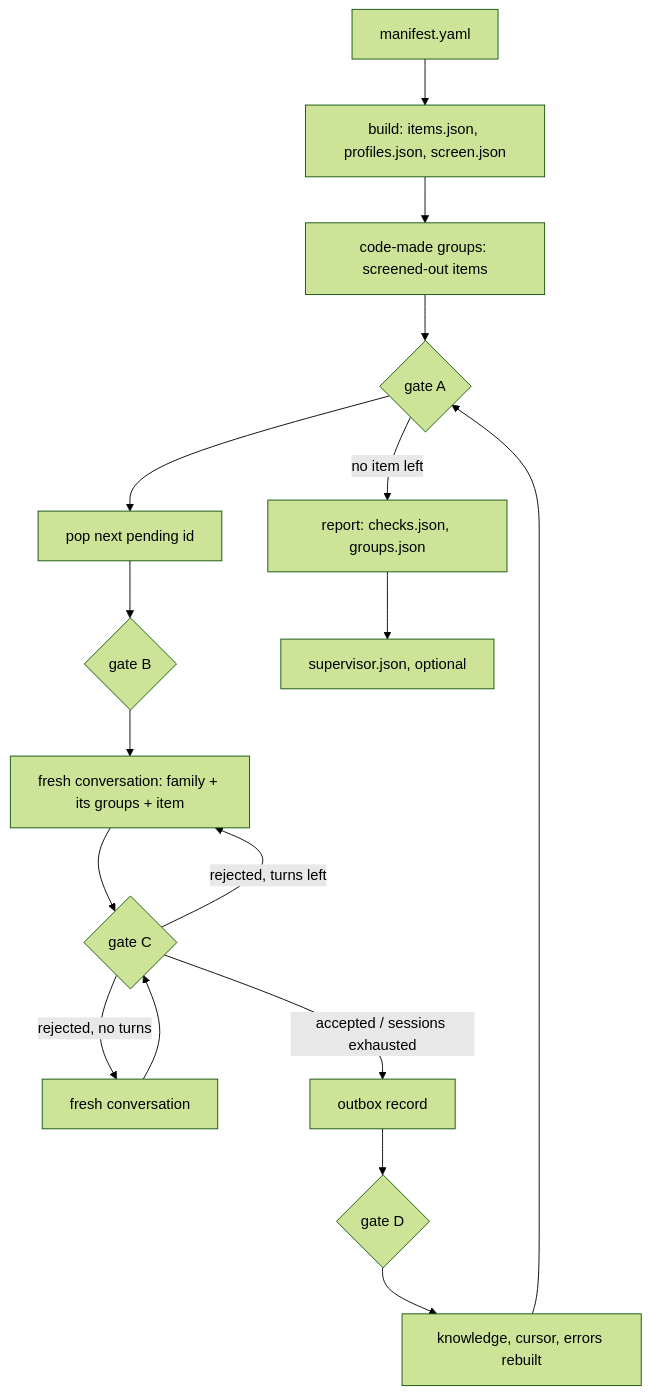
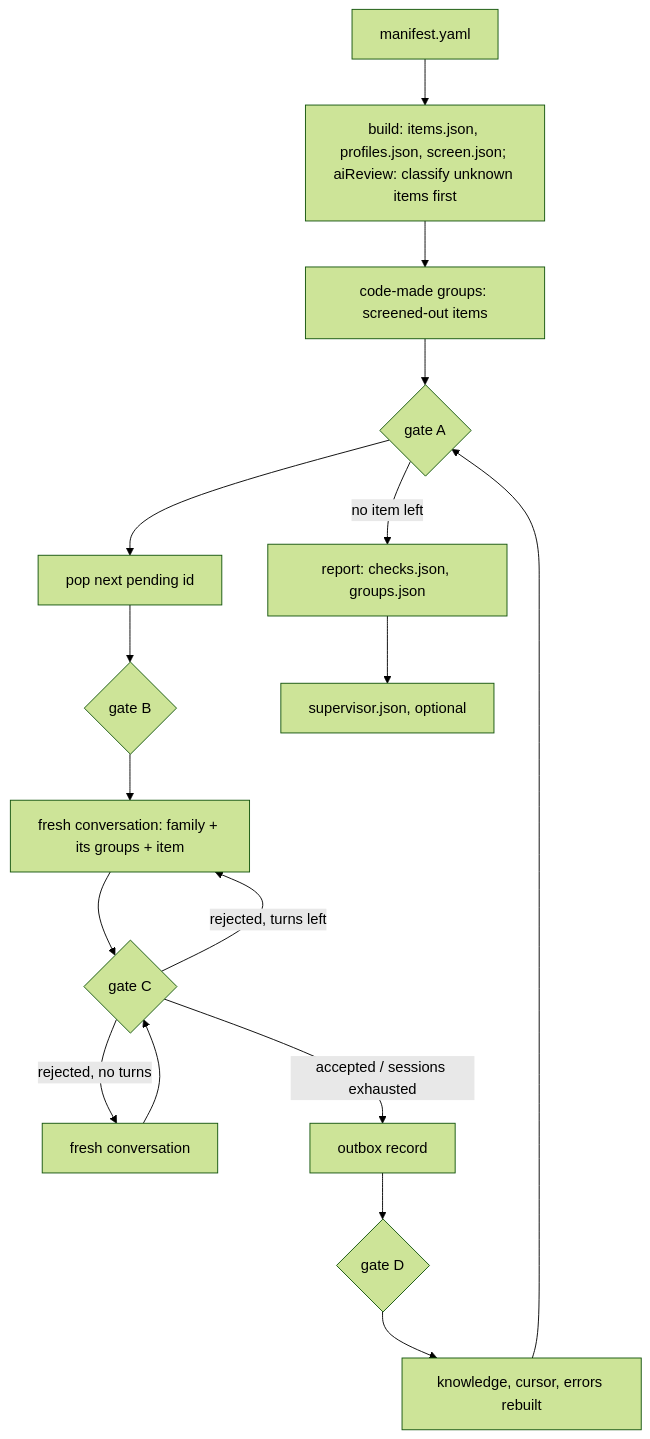
The diagram in perf-repair/docs/grouping.md (JuneKim0007/cryptobenchmark), drawn with Mermaid (forest theme) before and after one commit. The commit also changed other lines of this file and 6 other files, not shown here.

Commit message:
perf-repair: docs for the screening catalog settings, catalog identity and the model review of unknown items (#55)

````diff
--- a/perf-repair/docs/grouping.md
+++ b/perf-repair/docs/grouping.md
@@ -5,14 +5,14 @@
 ```mermaid
 flowchart TD
-    M[manifest.yaml] --> B[build: items.json, profiles.json, screen.json]
+    M[manifest.yaml] --> B[build: items.json, profiles.json, screen.json; aiReview: classify unknown items first]
     B --> CG[code-made groups: screened-out items] --> A{gate A}
     A --> P[pop next pending id] --> GB{gate B}
     GB --> C[fresh conversation: family + its groups + item]
     C --> GC{gate C}
     GC -- rejected, turns left --> C
     GC -- rejected, no turns --> R[fresh conversation]
     R --> GC
     GC -- accepted / sessions exhausted --> O[outbox record] --> GD{gate D}
     GD --> K[knowledge, cursor, errors rebuilt] --> A
     A -- no item left --> X[report: checks.json, groups.json] --> S[supervisor.json, optional]
 ```
````
